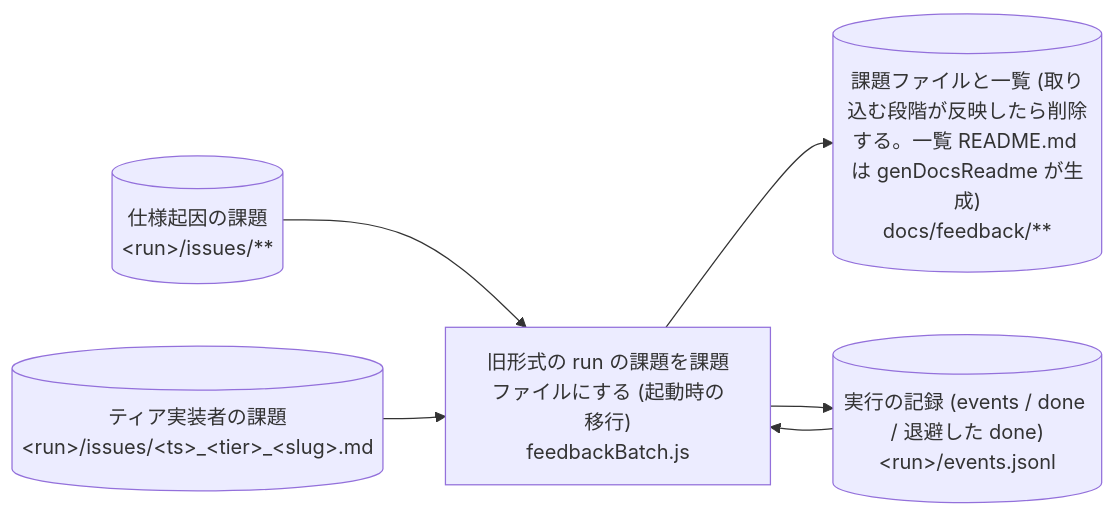
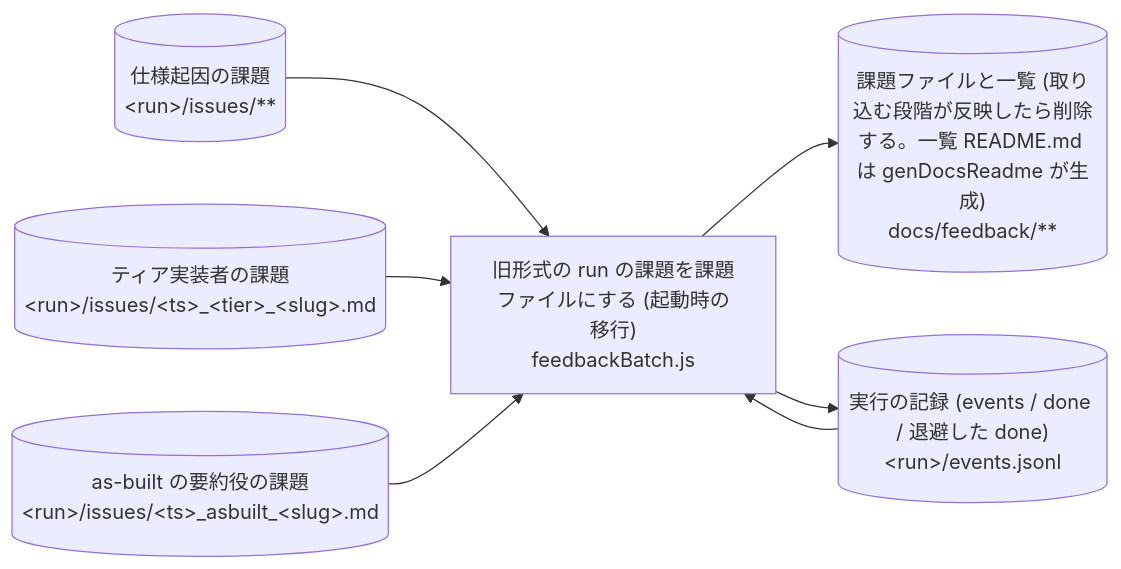
One commit to suwa-sh/suwa-sh-claude-plugins changed diagram 27 of 48 in plugins/distillery2/skills/d2-common/references/dataflow.md. Above: the diagram before and after it, drawn with Mermaid. The commit also changed other lines of this file and 17 other files, not shown here.

````diff
--- a/plugins/distillery2/skills/d2-common/references/dataflow.md
+++ b/plugins/distillery2/skills/d2-common/references/dataflow.md
@@ -713,13 +715,15 @@
 ```mermaid
 flowchart LR
   p_run_migrate_issues["旧形式の run の課題を課題ファイルにする (起動時の移行)<br/>feedbackBatch.js"]
   s_issues[("仕様起因の課題<br/>#lt;run#gt;/issues/**")]
   s_issues_tier[("ティア実装者の課題<br/>#lt;run#gt;/issues/#lt;ts#gt;_#lt;tier#gt;_#lt;slug#gt;.md")]
+  s_issues_asbuilt[("as-built の要約役の課題<br/>#lt;run#gt;/issues/#lt;ts#gt;_asbuilt_#lt;slug#gt;.md")]
   s_run_events[("実行の記録 (events / done / 退避した done)<br/>#lt;run#gt;/events.jsonl")]
   s_feedback_docs[("課題ファイルと一覧 (取り込む段階が反映したら削除する。一覧 README.md は genDocsReadme が生成)<br/>docs/feedback/**")]
   s_issues --> p_run_migrate_issues
   s_issues_tier --> p_run_migrate_issues
+  s_issues_asbuilt --> p_run_migrate_issues
   s_run_events --> p_run_migrate_issues
   p_run_migrate_issues --> s_feedback_docs
   p_run_migrate_issues --> s_run_events
 ```
````
